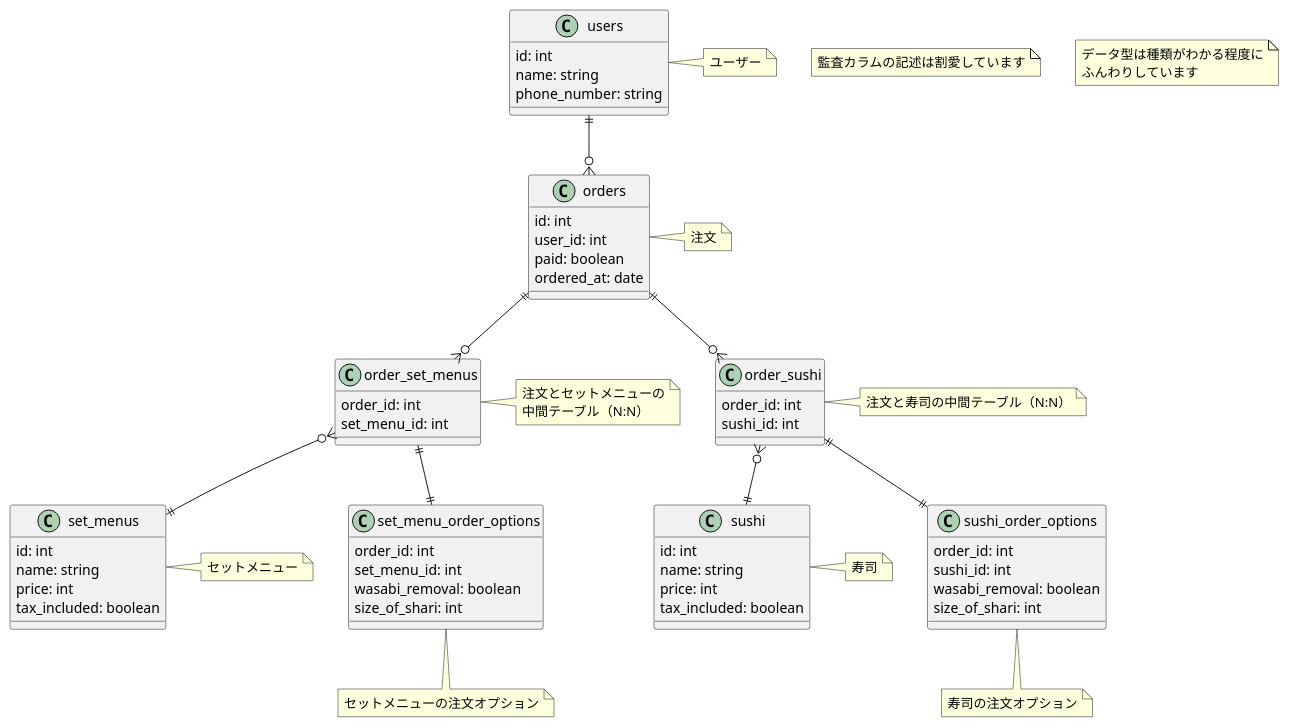
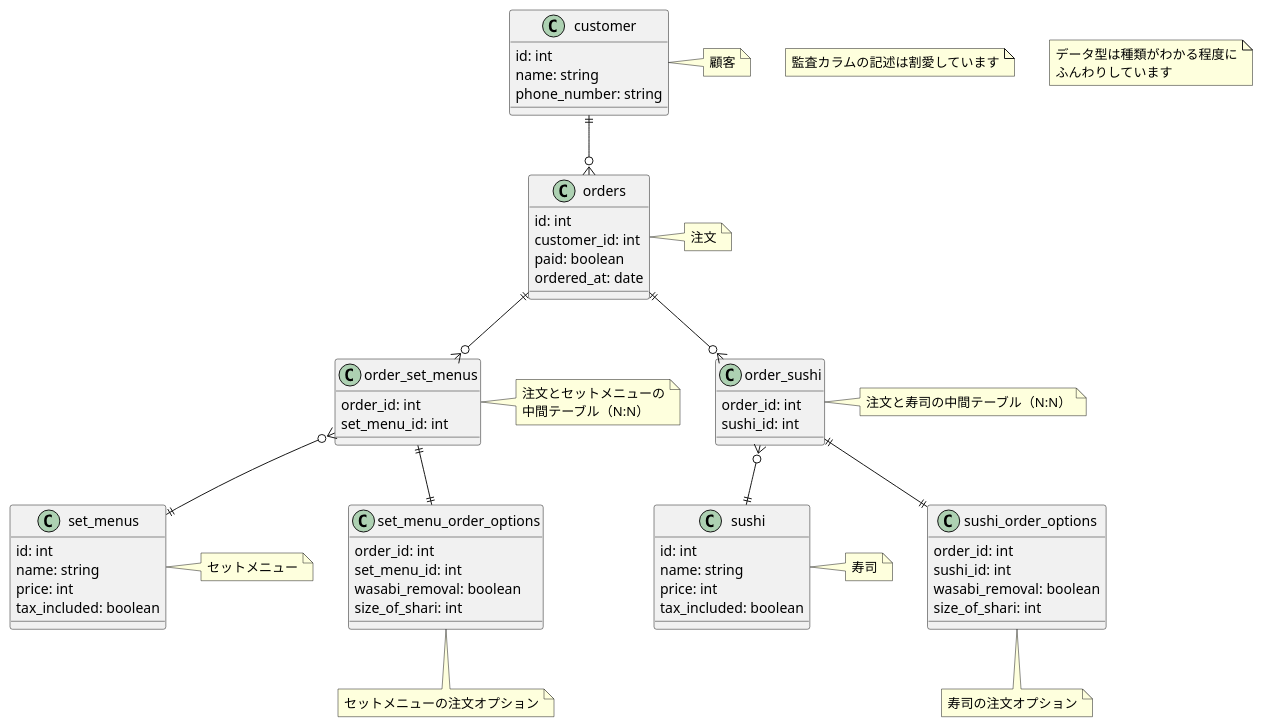
Before and after one commit to HitoroOhria/praha-challenge: the diagram in db/db-modeling-1/sushi_order.puml, drawn with PlantUML.

Commit message:
ユーザーを顧客へ名称変更

```diff
--- a/db/db-modeling-1/sushi_order.puml
+++ b/db/db-modeling-1/sushi_order.puml
@@ -1,74 +1,74 @@
 @startuml
 'https://plantuml.com/class-diagram
 
 note "監査カラムの記述は割愛しています" as n1
 note "データ型は種類がわかる程度に\nふんわりしています" as n2
 
-class users {
+class customer {
   id: int
   name: string
   phone_number: string
 }
-note right: ユーザー
+note right: 顧客
 
 class orders {
   id: int
-  user_id: int
+  customer_id: int
   paid: boolean
   ordered_at: date
 }
 note right: 注文
 
 class order_set_menus {
   order_id: int
   set_menu_id: int
 }
 note right: 注文とセットメニューの\n中間テーブル（N:N）
 
 class order_sushi {
   order_id: int
   sushi_id: int
 }
 note right: 注文と寿司の中間テーブル（N:N）
 
 class set_menu_order_options {
   order_id: int
   set_menu_id: int
   wasabi_removal: boolean
   size_of_shari: int
 }
 note bottom: セットメニューの注文オプション
 
 class sushi_order_options {
   order_id: int
   sushi_id: int
   wasabi_removal: boolean
   size_of_shari: int
 }
 note bottom: 寿司の注文オプション
 
 class set_menus {
   id: int
   name: string
   price: int
   tax_included: boolean
 }
 note right: セットメニュー
 
 class sushi {
   id: int
   name: string
   price: int
   tax_included: boolean
 }
 note right: 寿司
 
-users ||--o{ orders
+customer ||--o{ orders
 orders ||--o{ order_set_menus
 orders ||--o{ order_sushi
 order_set_menus }o--|| set_menus
 order_sushi }o--|| sushi
 order_set_menus ||--|| set_menu_order_options
 order_sushi ||--|| sushi_order_options
 
 @enduml
```
